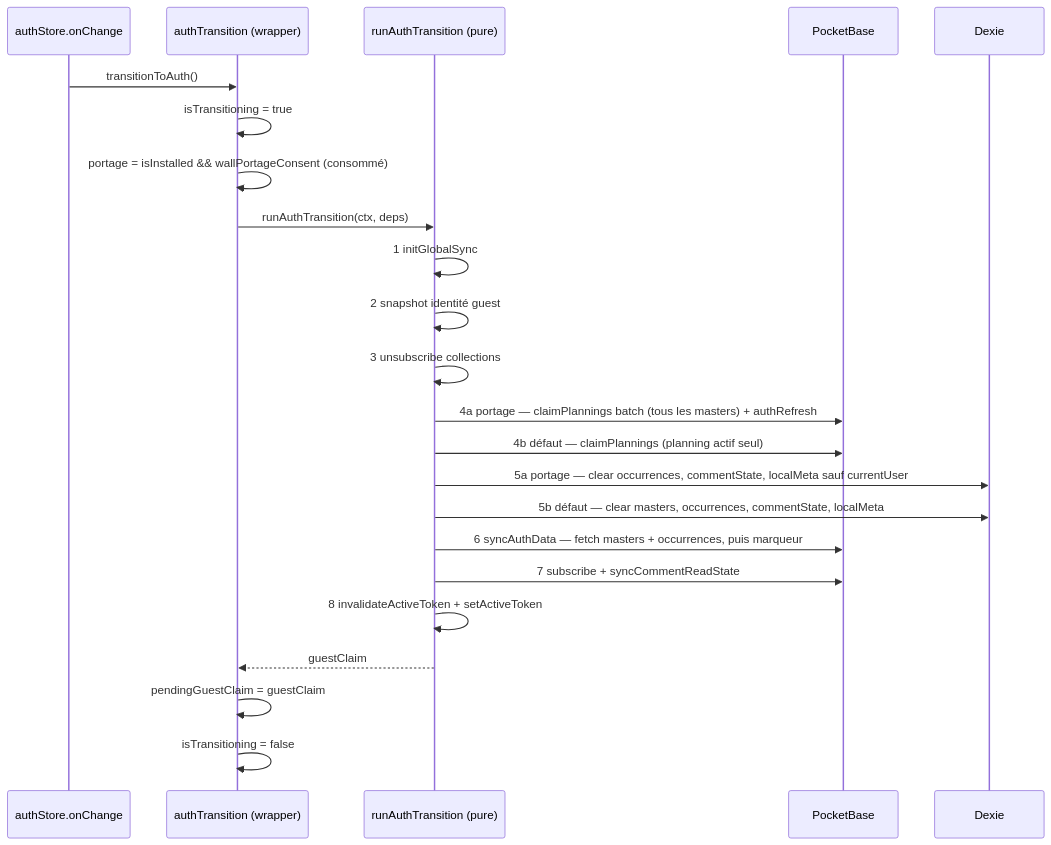
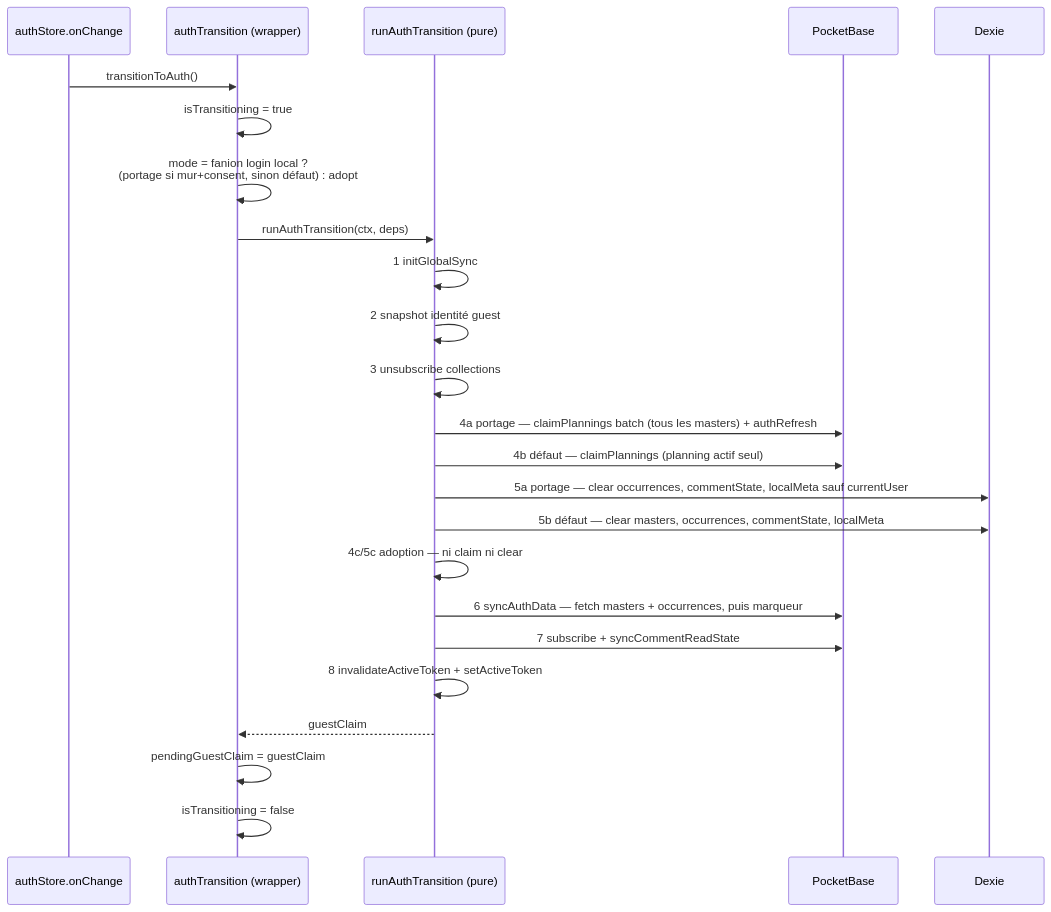
One commit to QaldeK/oupla-planning changed the second of 2 diagrams in docs/architecture/auth-identity.md. Above: the diagram before and after it, drawn with Mermaid. The commit also changed other lines of this file and 5 other files, not shown here.

````diff
--- a/docs/architecture/auth-identity.md
+++ b/docs/architecture/auth-identity.md
@@ -102,25 +102,26 @@
 ```mermaid
 sequenceDiagram
   participant AS as authStore.onChange
   participant W as authTransition (wrapper)
   participant R as runAuthTransition (pure)
   participant PB as PocketBase
   participant D as Dexie
   AS->>W: transitionToAuth()
   W->>W: isTransitioning = true
-  W->>W: portage = isInstalled && wallPortageConsent (consommé)
+  W->>W: mode = fanion login local ?<br/>(portage si mur+consent, sinon défaut) : adopt
   W->>R: runAuthTransition(ctx, deps)
   R->>R: 1 initGlobalSync
   R->>R: 2 snapshot identité guest
   R->>R: 3 unsubscribe collections
   R->>PB: 4a portage — claimPlannings batch (tous les masters) + authRefresh
   R->>PB: 4b défaut — claimPlannings (planning actif seul)
   R->>D: 5a portage — clear occurrences, commentState, localMeta sauf currentUser
   R->>D: 5b défaut — clear masters, occurrences, commentState, localMeta
+  R->>R: 4c/5c adoption — ni claim ni clear
   R->>PB: 6 syncAuthData — fetch masters + occurrences, puis marqueur
   R->>PB: 7 subscribe + syncCommentReadState
   R->>R: 8 invalidateActiveToken + setActiveToken
   R-->>W: guestClaim
   W->>W: pendingGuestClaim = guestClaim
   W->>W: isTransitioning = false
 ```
````
